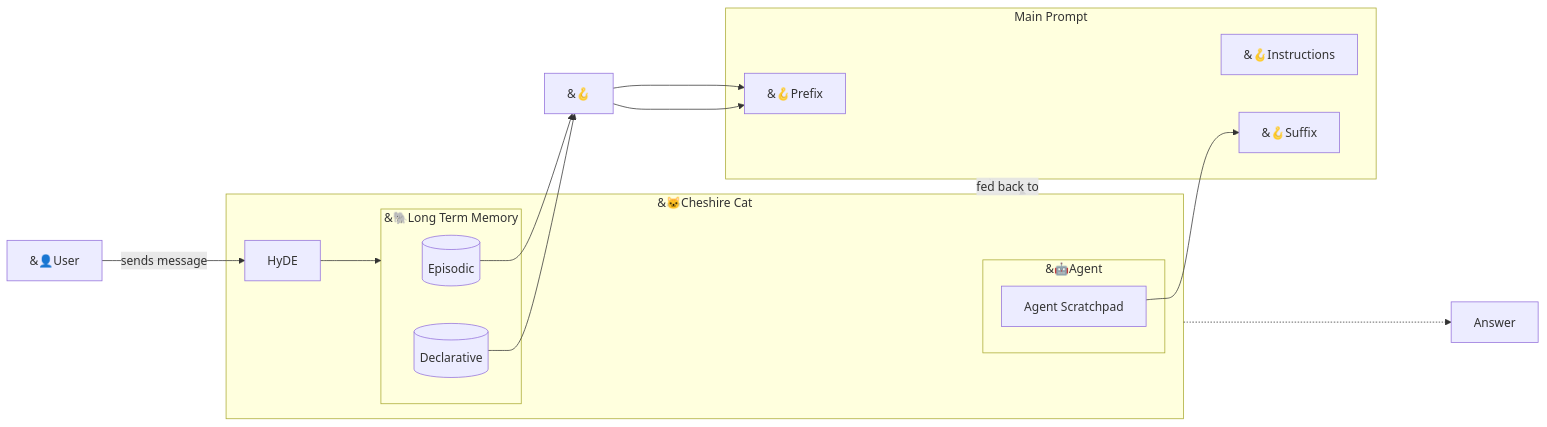
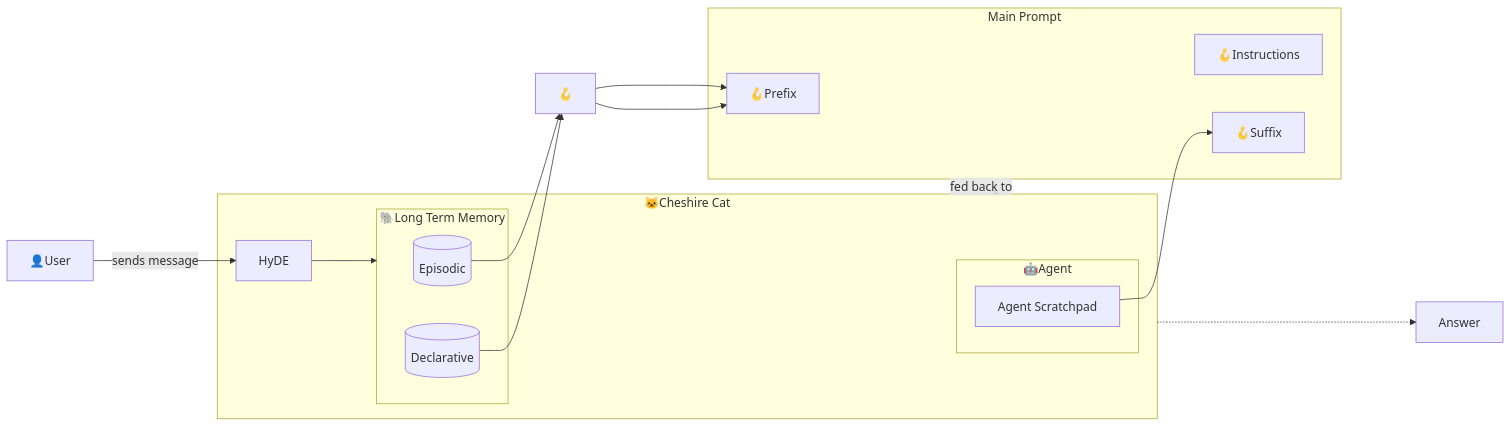
One commit to cheshire-cat-ai/docs changed the diagram in mkdocs/conceptual/prompts/main_prompt.md. Above: the diagram before and after it, drawn with Mermaid. The commit also changed 6 other files, not shown here.

Commit message:
fixed & in mermaid's emoji

````diff
--- a/mkdocs/conceptual/prompts/main_prompt.md
+++ b/mkdocs/conceptual/prompts/main_prompt.md
@@ -89,26 +89,26 @@
 ```mermaid
 flowchart LR
     subgraph MP ["Main Prompt"]
 %%        direction LR
-        Prefix["&#129693;Prefix"];
-        Instructions["&#129693;Instructions"];
-        Suffix["&#129693;Suffix"];    
+        Prefix["#129693;Prefix"];
+        Instructions["#129693;Instructions"];
+        Suffix["#129693;Suffix"];    
     end
-    subgraph CAT ["&#128049;Cheshire Cat"]
+    subgraph CAT ["#128049;Cheshire Cat"]
         HyDE
-        subgraph LTM ["&#128024;Long Term Memory"]
+        subgraph LTM ["#128024;Long Term Memory"]
 %%        direction
         C[(Episodic)];
         D[(Declarative)];
     end
-    subgraph Agent ["&#129302;Agent"]
+    subgraph Agent ["#129302;Agent"]
         A[Agent Scratchpad];
     end
     end
     
-    U["&#128100;User"] -->|sends message|HyDE ---> LTM["&#128024;Long Term Memory"];
-    C --> E["&#129693;"] ----> Prefix;
-    D --> E["&#129693;"] --> Prefix;
+    U["#128100;User"] -->|sends message|HyDE ---> LTM["#128024;Long Term Memory"];
+    C --> E["#129693;"] ----> Prefix;
+    D --> E["#129693;"] --> Prefix;
     A --> Suffix;
     MP -..->|fed back to|CAT -...-> Answer
 ```
````
